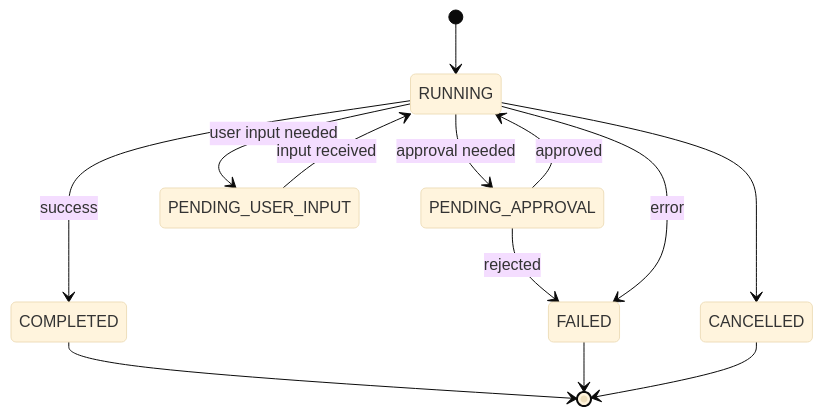
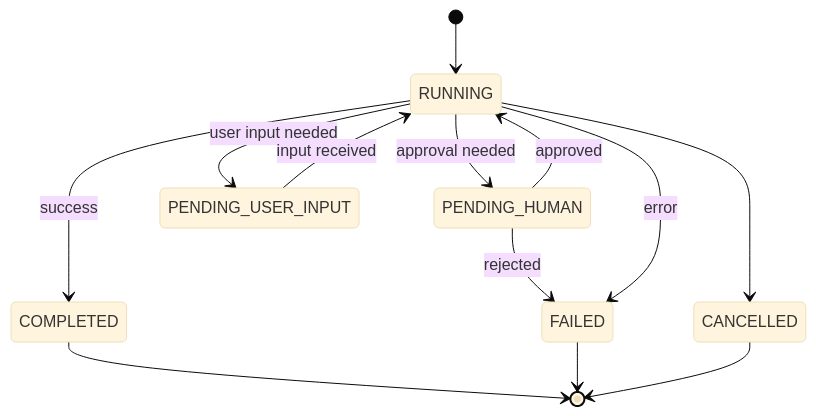
Before and after one commit to chethanp11/master: the ninth of 9 diagrams in docs/core_architecture.md, drawn with Mermaid (base theme). The commit also changed other lines of this file and 19 other files, not shown here.

````diff
--- a/docs/core_architecture.md
+++ b/docs/core_architecture.md
@@ -420,15 +426,15 @@
 ```mermaid
 stateDiagram-v2
   [*] --> RUNNING
-  RUNNING --> PENDING_APPROVAL: approval needed
+  RUNNING --> PENDING_HUMAN: approval needed
   RUNNING --> PENDING_USER_INPUT: user input needed
-  PENDING_APPROVAL --> RUNNING: approved
-  PENDING_APPROVAL --> FAILED: rejected
+  PENDING_HUMAN --> RUNNING: approved
+  PENDING_HUMAN --> FAILED: rejected
   PENDING_USER_INPUT --> RUNNING: input received
   RUNNING --> COMPLETED: success
   RUNNING --> FAILED: error
   RUNNING --> CANCELLED
   COMPLETED --> [*]
   FAILED --> [*]
   CANCELLED --> [*]
 ```
````
